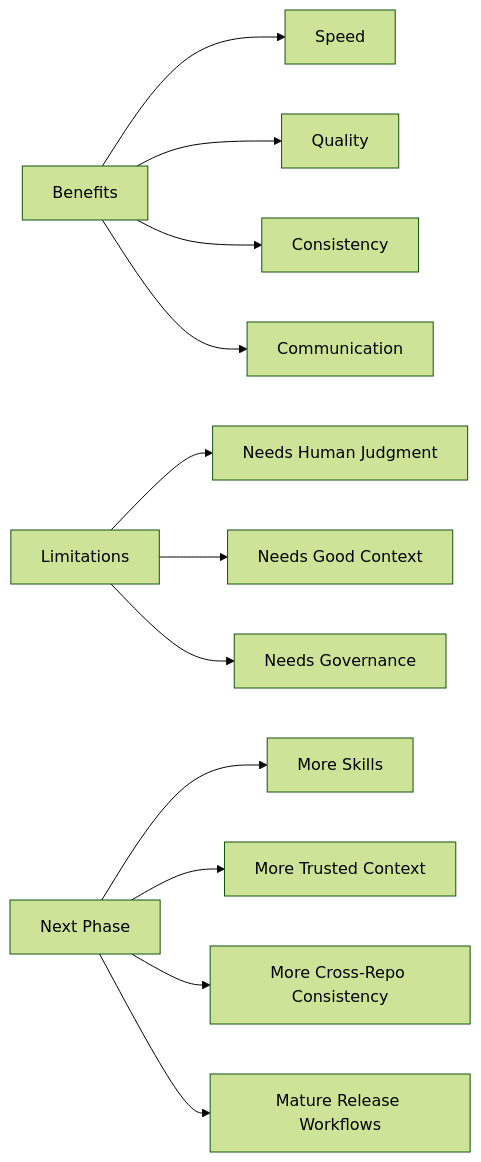
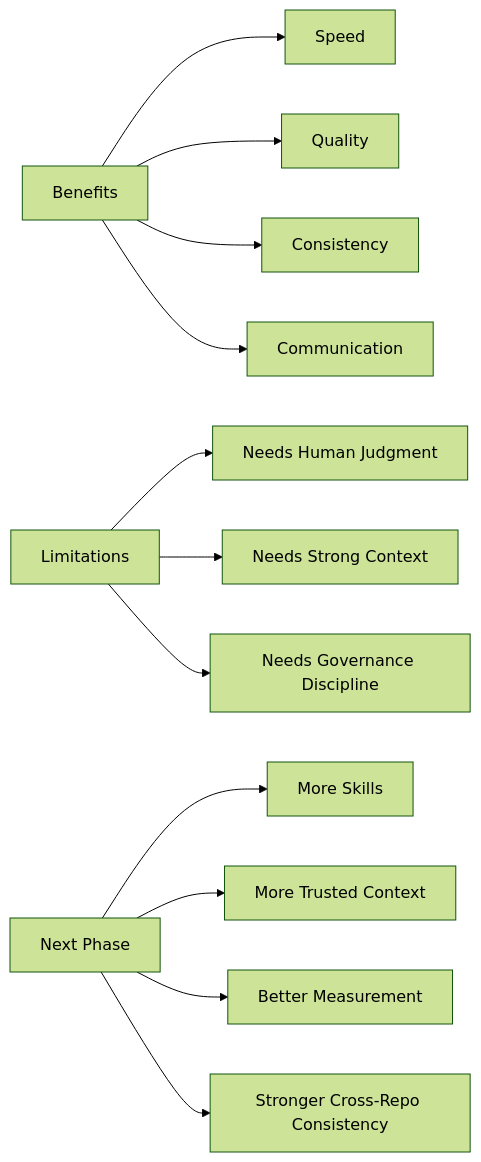
One commit to refat-asadullah-creolytix-dev/refat-asadullah-creolytix-dev changed diagram 20 of 21 in creolytix-ai-delivery-model.md. Above: the diagram before and after it, drawn with Mermaid (forest theme). The commit also changed other lines of this file, not shown here.

````diff
--- a/creolytix-ai-delivery-model.md
+++ b/creolytix-ai-delivery-model.md
@@ -498,16 +594,16 @@
 ```mermaid
 flowchart LR
     A[Benefits] --> A1[Speed]
     A --> A2[Quality]
     A --> A3[Consistency]
     A --> A4[Communication]
 
     B[Limitations] --> B1[Needs Human Judgment]
-    B --> B2[Needs Good Context]
-    B --> B3[Needs Governance]
+    B --> B2[Needs Strong Context]
+    B --> B3[Needs Governance Discipline]
 
     C[Next Phase] --> C1[More Skills]
     C --> C2[More Trusted Context]
-    C --> C3[More Cross-Repo Consistency]
-    C --> C4[Mature Release Workflows]
+    C --> C3[Better Measurement]
+    C --> C4[Stronger Cross-Repo Consistency]
 ```
````
